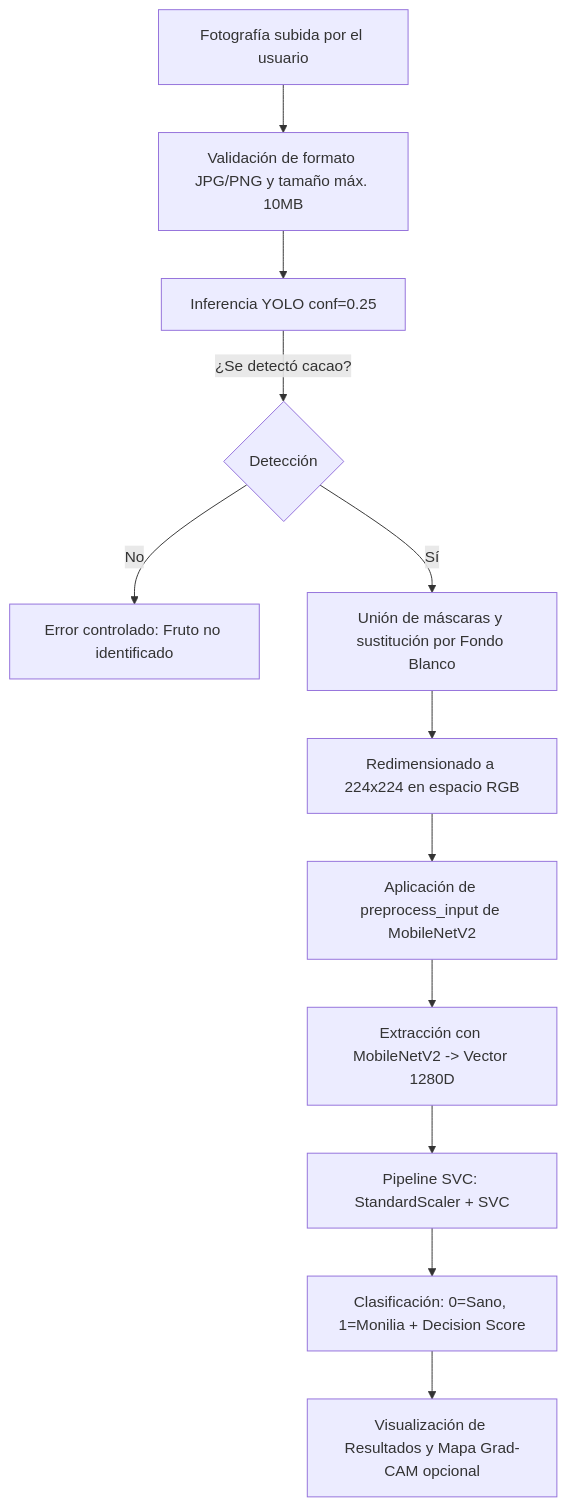
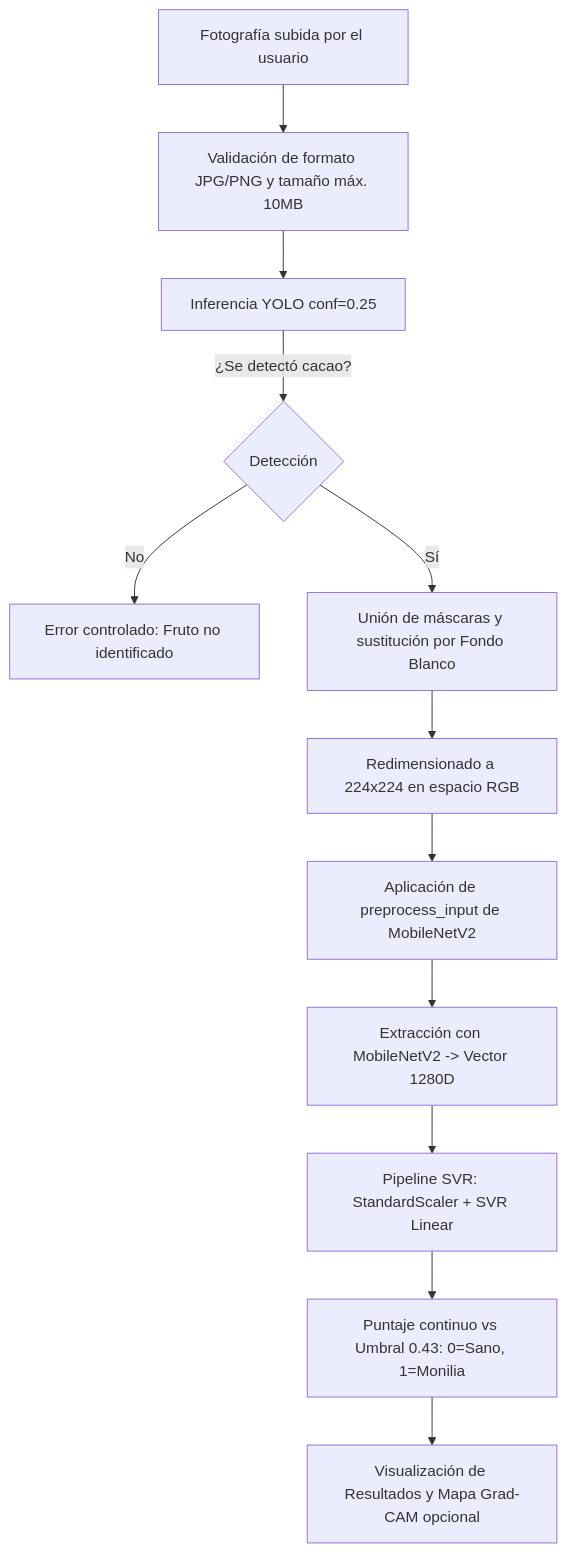
The diagram in README.md (JhosepSF/MoniDetect), drawn with Mermaid before and after one commit. The commit also changed other lines of this file and 13 other files, not shown here.

````diff
--- a/README.md
+++ b/README.md
@@ -159,14 +168,14 @@
 ```mermaid
 flowchart TD
     A[Fotografía subida por el usuario] --> B[Validación de formato JPG/PNG y tamaño máx. 10MB]
     B --> C[Inferencia YOLO conf=0.25]
     C -->|¿Se detectó cacao?| D{Detección}
     D -->|No| E[Error controlado: Fruto no identificado]
     D -->|Sí| F[Unión de máscaras y sustitución por Fondo Blanco]
     F --> G[Redimensionado a 224x224 en espacio RGB]
     G --> H[Aplicación de preprocess_input de MobileNetV2]
     H --> I[Extracción con MobileNetV2 -> Vector 1280D]
-    I --> J[Pipeline SVC: StandardScaler + SVC]
-    J --> K[Clasificación: 0=Sano, 1=Monilia + Decision Score]
+    I --> J[Pipeline SVR: StandardScaler + SVR Linear]
+    J --> K[Puntaje continuo vs Umbral 0.43: 0=Sano, 1=Monilia]
     K --> L[Visualización de Resultados y Mapa Grad-CAM opcional]
 ```
````
